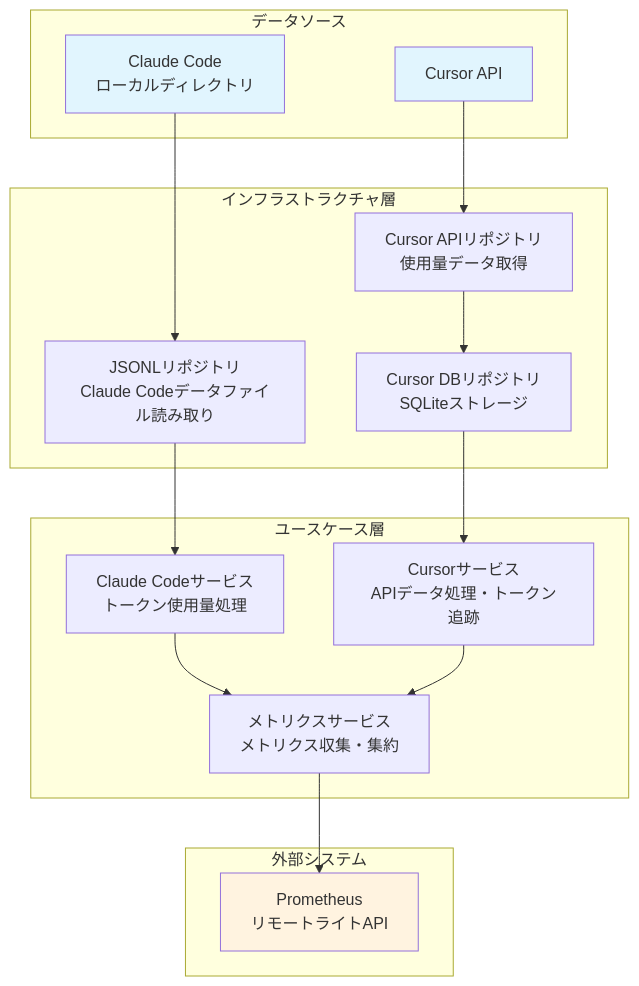
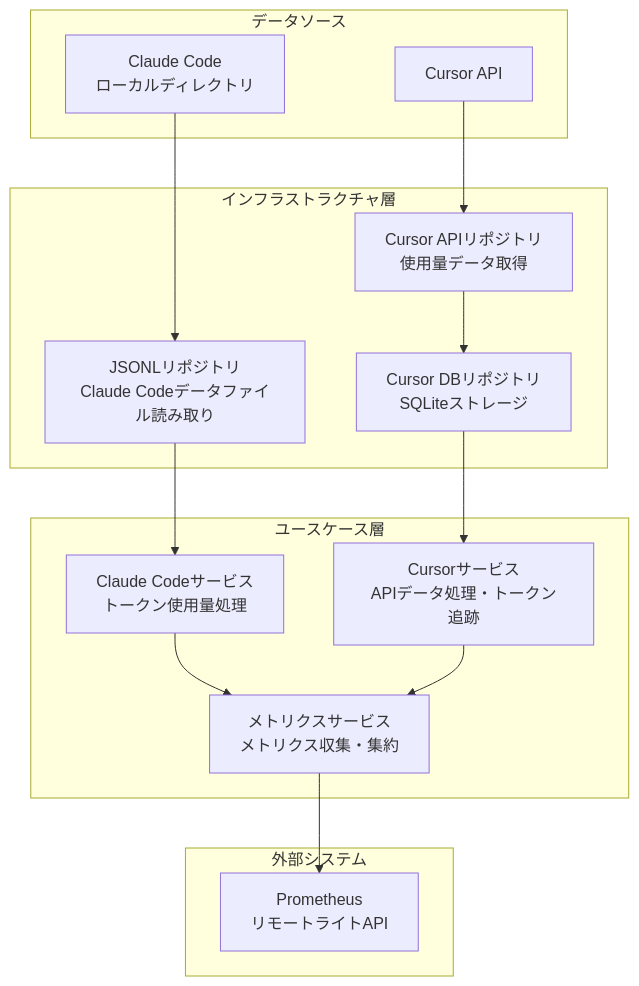
Before and after one commit to ca-srg/tosage: the diagram in README_JA.md, drawn with Mermaid. The commit also changed 1 other file, not shown here.

Commit message:
style: remove styling from mermaid diagrams

````diff
--- a/README_JA.md
+++ b/README_JA.md
@@ -18,36 +18,32 @@
 ```mermaid
 flowchart TD
     subgraph "データソース"
         CC[Claude Code<br/>ローカルディレクトリ]
         CA[Cursor API]
     end
     
     subgraph "インフラストラクチャ層"
         JSONL[JSONLリポジトリ<br/>Claude Codeデータファイル読み取り]
         CAPI[Cursor APIリポジトリ<br/>使用量データ取得]
         CDB[Cursor DBリポジトリ<br/>SQLiteストレージ]
     end
     
     subgraph "ユースケース層"
         CCS[Claude Codeサービス<br/>トークン使用量処理]
         CS[Cursorサービス<br/>APIデータ処理・トークン追跡]
         MS[メトリクスサービス<br/>メトリクス収集・集約]
     end
     
     subgraph "外部システム"
         PROM[Prometheus<br/>リモートライトAPI]
     end
     
     CC --> JSONL
     CA --> CAPI
     JSONL --> CCS
     CAPI --> CDB
     CDB --> CS
     CCS --> MS
     CS --> MS
     MS --> PROM
-    
-    style CC fill:#e1f5fe
-    style CA fill:#e1f5fe
-    style PROM fill:#fff3e0
 ```
````
